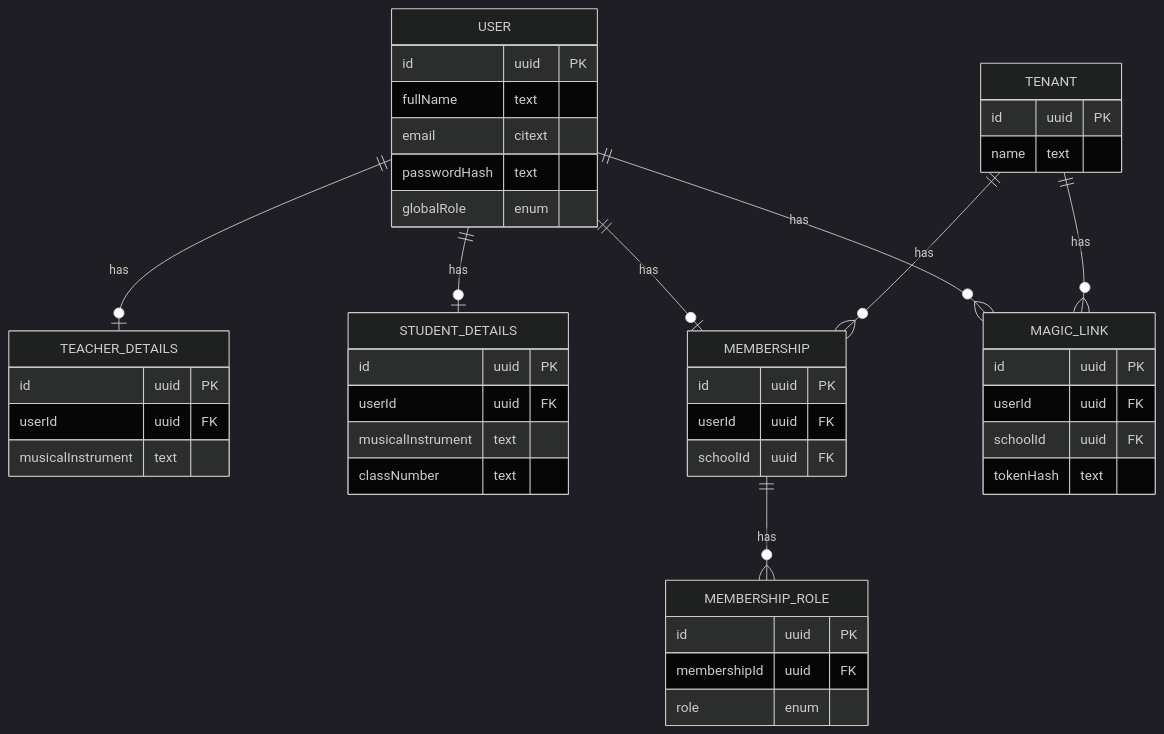
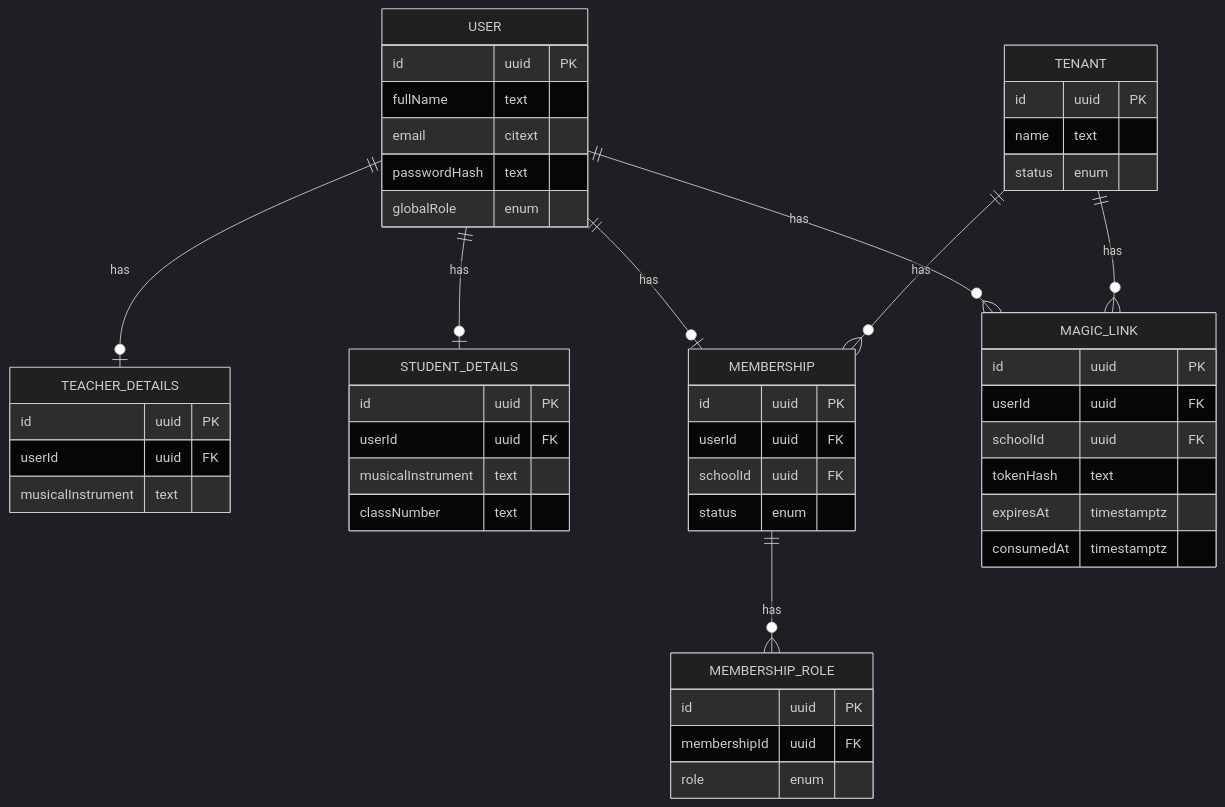
One commit to KaterynaKocheharova/Multi-tenant-architecture changed the second of 4 diagrams in architecture-homework/diagrams/erd.md. Above: the diagram before and after it, drawn with Mermaid (dark theme). The commit also changed other lines of this file, not shown here.

````diff
--- a/architecture-homework/diagrams/erd.md
+++ b/architecture-homework/diagrams/erd.md
@@ -166,55 +160,60 @@
 ```mermaid
 erDiagram
+    direction TB
     TENANT {
         id uuid PK
         name text
+        status enum
     }
 
     USER {
         id uuid PK
         fullName text
         email citext
         passwordHash text
         globalRole enum
     }
 
     TEACHER_DETAILS {
         id uuid PK
         userId uuid FK
         musicalInstrument text
     }
 
     STUDENT_DETAILS {
         id uuid PK
         userId uuid FK
         musicalInstrument text
         classNumber text
     }
 
     MEMBERSHIP {
         id uuid PK
         userId uuid FK
         schoolId uuid FK
+        status enum
     }
 
     MEMBERSHIP_ROLE {
         id uuid PK
         membershipId uuid FK
         role enum
     }
 
     MAGIC_LINK {
         id uuid PK
         userId uuid FK
         schoolId uuid FK
         tokenHash text
+        expiresAt timestamptz
+        consumedAt timestamptz
     }
 
     USER ||--o| TEACHER_DETAILS : has
     USER ||--o| STUDENT_DETAILS : has
     USER ||--o| MEMBERSHIP : has
     USER ||--o{ MAGIC_LINK : has
     TENANT ||--o{ MEMBERSHIP : has
     TENANT ||--o{ MAGIC_LINK : has
     MEMBERSHIP ||--o{ MEMBERSHIP_ROLE : has
 ```
````
